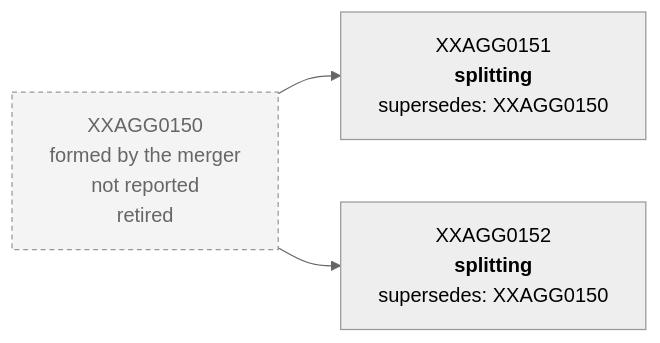
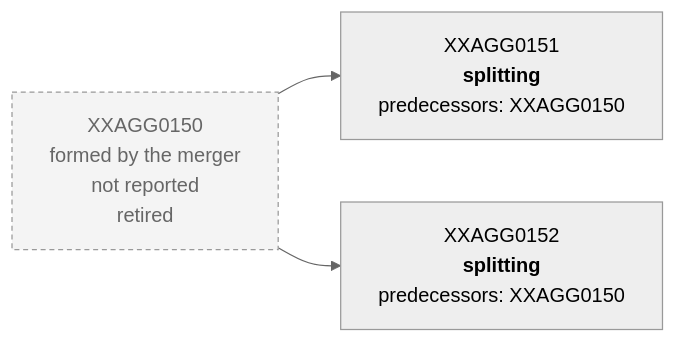
Before and after one commit to eeadata/WISE.UWWTD.Documentation: the diagram in docs/rUWWTD2024/SpatialPoints/mmd/SpatialPoints_Example_Split.mmd, drawn with Mermaid. The commit also changed 11 other files, not shown here.

First line of the commit message:
Align the spatial points tables with the geospatial schema and WISE

```diff
--- a/docs/rUWWTD2024/SpatialPoints/mmd/SpatialPoints_Example_Split.mmd
+++ b/docs/rUWWTD2024/SpatialPoints/mmd/SpatialPoints_Example_Split.mmd
@@ -1,12 +1,12 @@
 ---
 config:
   theme: neutral
   flowchart:
     useMaxWidth: false
 ---
 flowchart LR
-  O["XXAGG0150<br/>formed by the merger<br/>not reported<br/>retired"] --> A["XXAGG0151<br/><b>splitting</b><br/>supersedes: XXAGG0150"]
-  O --> B["XXAGG0152<br/><b>splitting</b><br/>supersedes: XXAGG0150"]
+  O["XXAGG0150<br/>formed by the merger<br/>not reported<br/>retired"] --> A["XXAGG0151<br/><b>splitting</b><br/>predecessors: XXAGG0150"]
+  O --> B["XXAGG0152<br/><b>splitting</b><br/>predecessors: XXAGG0150"]
 
   classDef retired fill:#f4f4f4,stroke:#999,stroke-dasharray:4 3,color:#666;
   class O retired;
```
